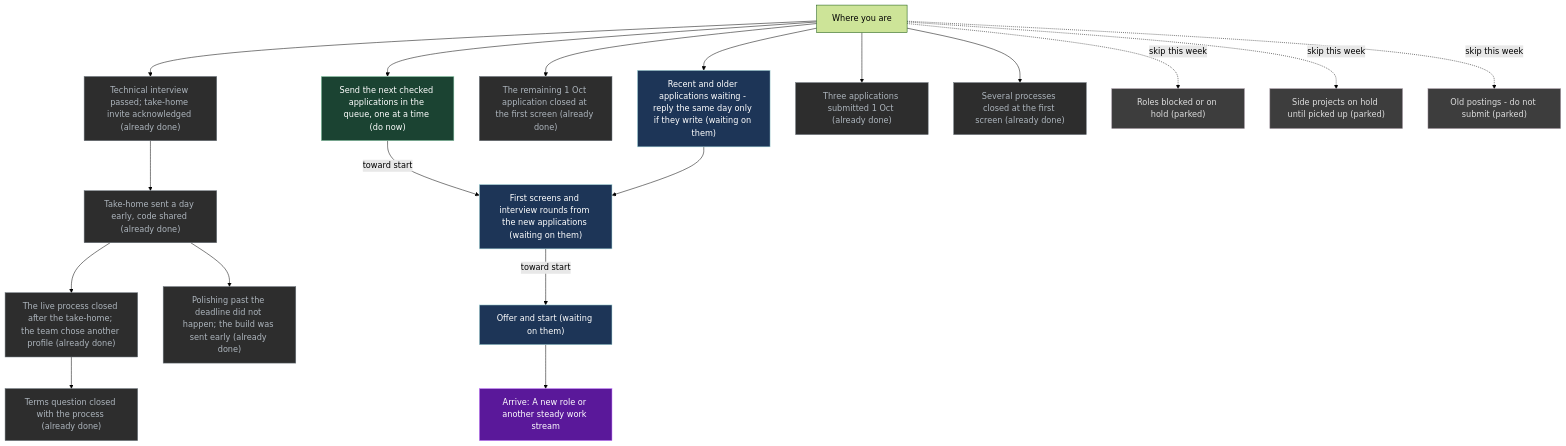
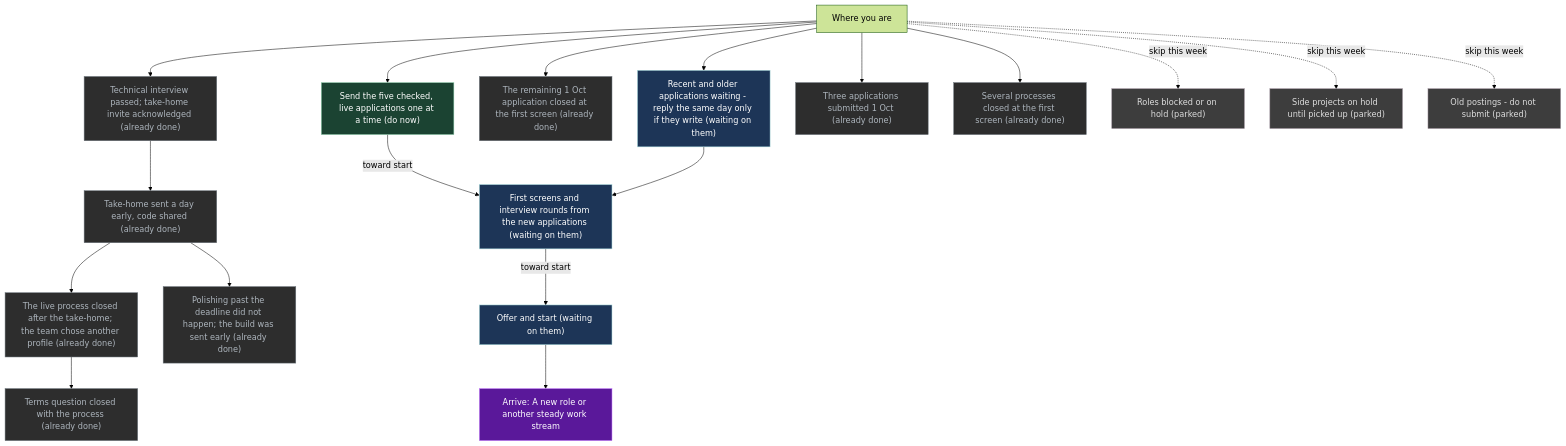
One commit to p10ns11y/life-os changed the diagram in UI/Mission.md. Above: the diagram before and after it, drawn with Mermaid (forest theme). The commit also changed other lines of this file, not shown here.

````diff
--- a/UI/Mission.md
+++ b/UI/Mission.md
@@ -70,47 +70,47 @@
 ```mermaid
 flowchart TB
   x["Where you are"]
   G["Arrive: A new role or another steady work stream"]
   S0["Technical interview passed; take-home invite acknowledged (already done)"]
   S4["Take-home sent a day early, code shared (already done)"]
   S4b["The live process closed after the take-home; the team chose another profile (already done)"]
-  S7["Send the next checked applications in the queue, one at a time (do now)"]
+  S7["Send the five checked, live applications one at a time (do now)"]
   S8["First screens and interview rounds from the new applications (waiting on them)"]
   S5["Offer and start (waiting on them)"]
   S6["The remaining 1 Oct application closed at the first screen (already done)"]
   S1["Recent and older applications waiting - reply the same day only if they write (waiting on them)"]
   R1["Terms question closed with the process (already done)"]
   R2["Polishing past the deadline did not happen; the build was sent early (already done)"]
   S3["Three applications submitted 1 Oct (already done)"]
   D1["Several processes closed at the first screen (already done)"]
   P1["Roles blocked or on hold (parked)"]
   P2["Side projects on hold until picked up (parked)"]
   P3["Old postings - do not submit (parked)"]
   x --> S0
   S0 --> S4
   S4 --> S4b
   x --> S7
   S7 -->|"toward start"| S8
   S1 --> S8
   S8 -->|"toward start"| S5
   x --> S6
   x --> S1
   S4b --> R1
   S4 --> R2
   x --> S3
   x --> D1
   x -.->|"skip this week"| P1
   x -.->|"skip this week"| P2
   x -.->|"skip this week"| P3
   S5 --> G
   classDef do fill:#1b4332,stroke:#95d5b2,color:#fff
   classDef wait fill:#1d3557,stroke:#a8dadc,color:#fff
   classDef park fill:#3d3d3d,stroke:#9a8c98,color:#ddd
   classDef done fill:#2d2d2d,stroke:#6c757d,color:#adb5bd
   classDef goal fill:#5a189a,stroke:#c77dff,color:#fff
   class G goal
   class S7 do
   class S8,S5,S1 wait
   class P1,P2,P3 park
   class S0,S4,S4b,S6,R1,R2,S3,D1 done
 ```
````
